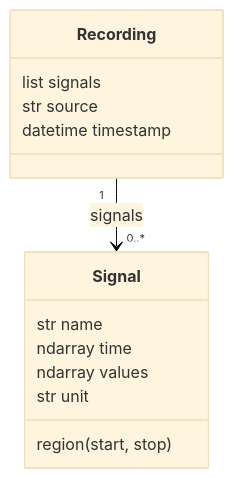
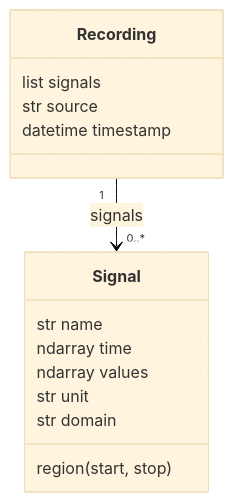
Before and after one commit to mrblackchris/opencaliper: the second of 3 diagrams in docs/ARCHITECTURE.md, drawn with Mermaid (base theme). The commit also changed other lines of this file and 51 other files, not shown here.

````diff
--- a/docs/ARCHITECTURE.md
+++ b/docs/ARCHITECTURE.md
@@ -56,16 +62,17 @@
 ```mermaid
 classDiagram
     Recording "1" --> "0..*" Signal : signals
     class Recording {
         list signals
         str source
         datetime timestamp
     }
     class Signal {
         str name
         ndarray time
         ndarray values
         str unit
+        str domain
         region(start, stop)
     }
 ```
````
